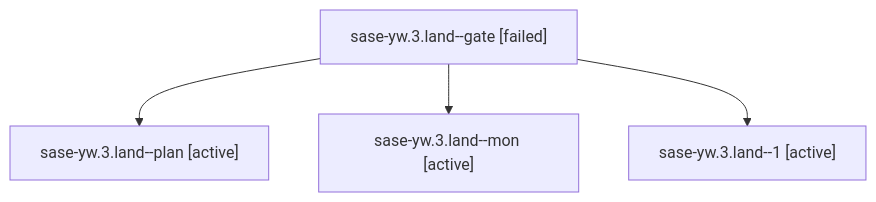
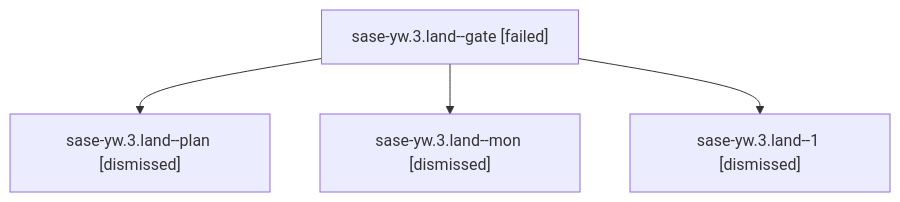
One commit to sase-org/sase--agents changed the diagram in sessions/bbugyi200.athena.sase-yw.3.land.md. Above: the diagram before and after it, drawn with Mermaid. The commit also changed other lines of this file and 208 other files, not shown here.

````diff
--- a/sessions/bbugyi200.athena.sase-yw.3.land.md
+++ b/sessions/bbugyi200.athena.sase-yw.3.land.md
@@ -9,10 +9,10 @@
 ```mermaid
 flowchart TD
   n0["sase-yw.3.land--gate [failed]"]
-  n1["sase-yw.3.land--plan [active]"]
+  n1["sase-yw.3.land--plan [dismissed]"]
   n0 --> n1
-  n2["sase-yw.3.land--mon [active]"]
+  n2["sase-yw.3.land--mon [dismissed]"]
   n0 --> n2
-  n3["sase-yw.3.land--1 [active]"]
+  n3["sase-yw.3.land--1 [dismissed]"]
   n0 --> n3
 ```
````
